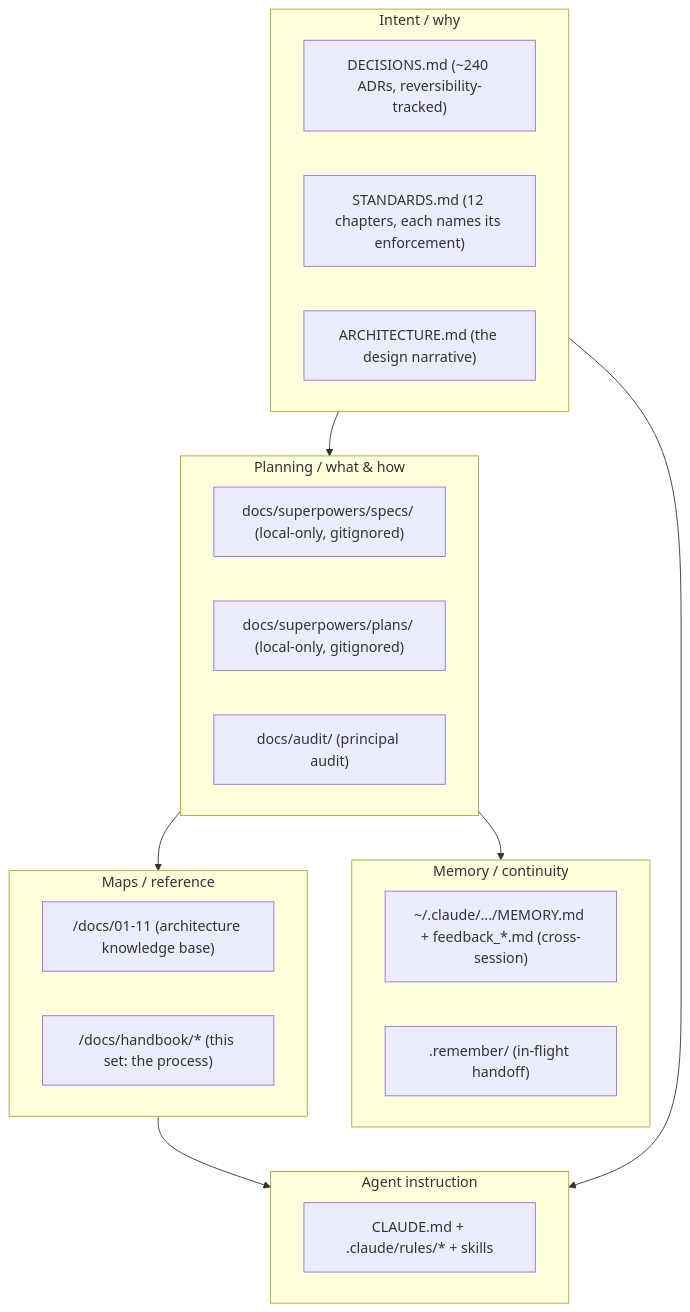
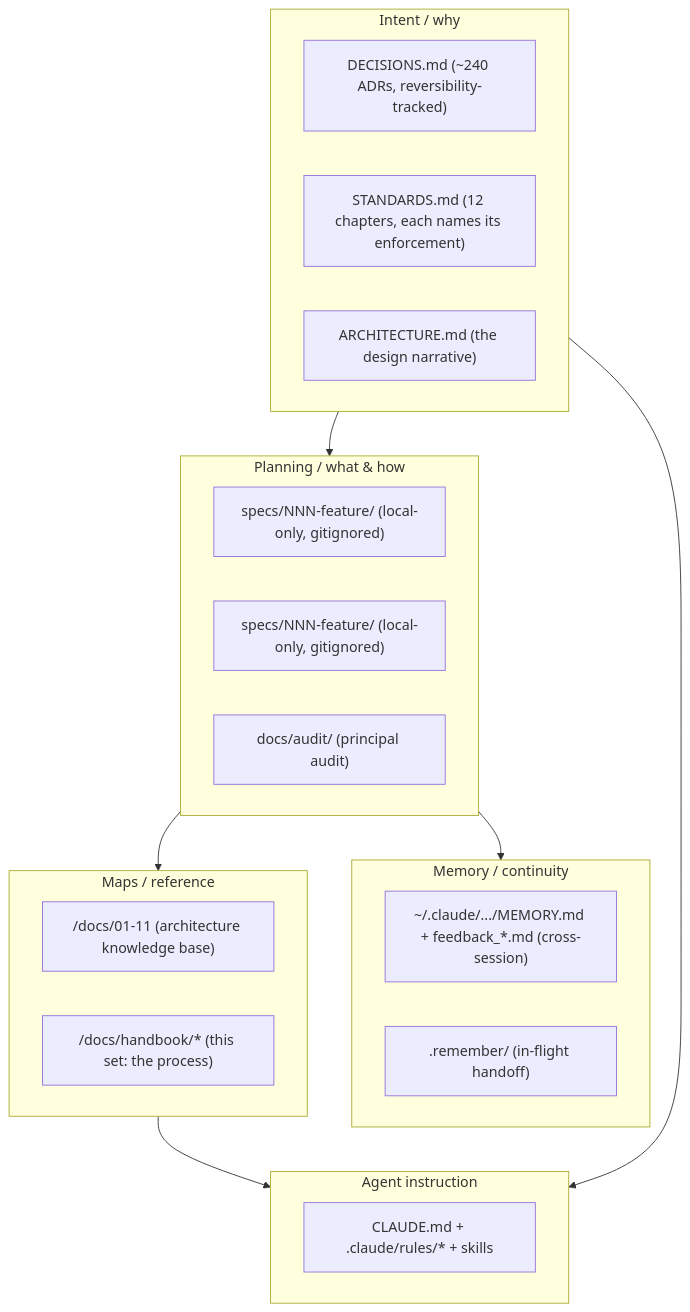
Before and after one commit to erikunha/portfolio: the first of 2 diagrams in docs/handbook/knowledge-architecture.md, drawn with Mermaid. The commit also changed other lines of this file and 28 other files, not shown here.

````diff
--- a/docs/handbook/knowledge-architecture.md
+++ b/docs/handbook/knowledge-architecture.md
@@ -7,28 +7,28 @@
 ```mermaid
 flowchart TD
     subgraph intent["Intent / why"]
         adr["DECISIONS.md (~240 ADRs, reversibility-tracked)"]
         std["STANDARDS.md (12 chapters, each names its enforcement)"]
         arch["ARCHITECTURE.md (the design narrative)"]
     end
     subgraph plan["Planning / what & how"]
-        specs["docs/superpowers/specs/ (local-only, gitignored)"]
-        plans["docs/superpowers/plans/ (local-only, gitignored)"]
+        specs["specs/NNN-feature/ (local-only, gitignored)"]
+        plans["specs/NNN-feature/ (local-only, gitignored)"]
         audit["docs/audit/ (principal audit)"]
     end
     subgraph maps["Maps / reference"]
         kb["/docs/01-11 (architecture knowledge base)"]
         hb["/docs/handbook/* (this set: the process)"]
     end
     subgraph agent["Agent instruction"]
         cl["CLAUDE.md + .claude/rules/* + skills"]
     end
     subgraph memory["Memory / continuity"]
         mem["~/.claude/.../MEMORY.md + feedback_*.md (cross-session)"]
         rem[".remember/ (in-flight handoff)"]
     end
     intent --> plan --> maps
     intent --> agent
     maps --> agent
     plan --> memory
 ```
````
